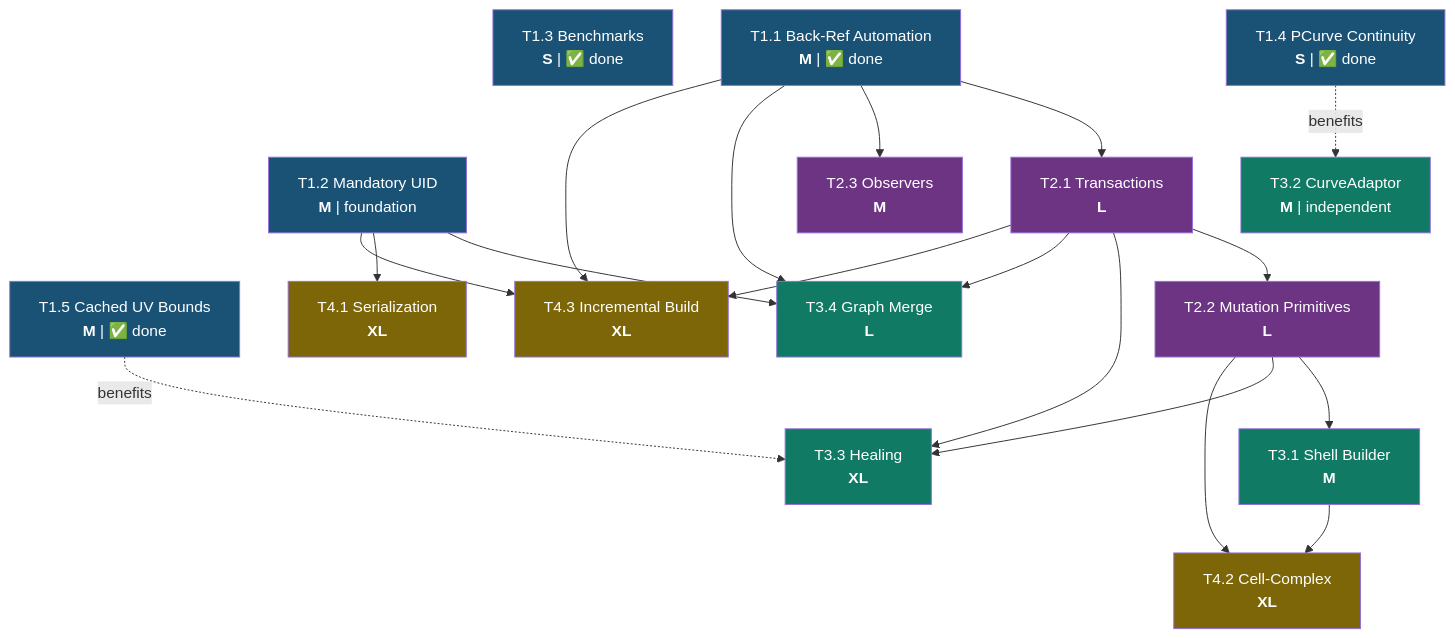
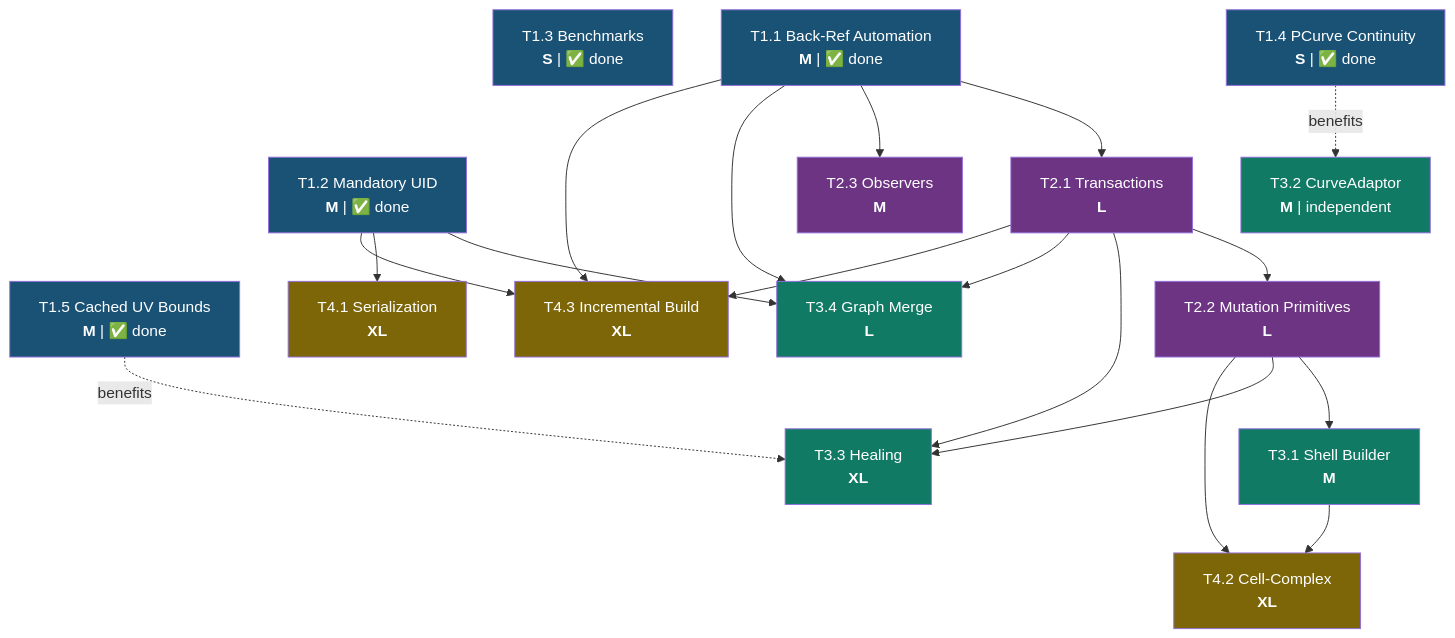
Before and after one commit to Open-Cascade-SAS/OCCT: the third of 10 diagrams in src/ModelingData/TKBRep/BRepGraph/TODO.md, drawn with Mermaid. The commit also changed other lines of this file and 12 other files, not shown here.

First line of the commit message:
feat: Enable mandatory UID generation for BRepGraph nodes

````diff
--- a/src/ModelingData/TKBRep/BRepGraph/TODO.md
+++ b/src/ModelingData/TKBRep/BRepGraph/TODO.md
@@ -115,52 +115,52 @@
 ```mermaid
 graph TD
     T1_3["T1.3 Benchmarks<br/><b>S</b> | ✅ done"]
     T1_4["T1.4 PCurve Continuity<br/><b>S</b> | ✅ done"]
     T1_5["T1.5 Cached UV Bounds<br/><b>M</b> | ✅ done"]
     T1_1["T1.1 Back-Ref Automation<br/><b>M</b> | ✅ done"]
-    T1_2["T1.2 Mandatory UID<br/><b>M</b> | foundation"]
+    T1_2["T1.2 Mandatory UID<br/><b>M</b> | ✅ done"]
     T2_1["T2.1 Transactions<br/><b>L</b>"]
     T2_2["T2.2 Mutation Primitives<br/><b>L</b>"]
     T2_3["T2.3 Observers<br/><b>M</b>"]
     T3_1["T3.1 Shell Builder<br/><b>M</b>"]
     T3_2["T3.2 CurveAdaptor<br/><b>M</b> | independent"]
     T3_3["T3.3 Healing<br/><b>XL</b>"]
     T3_4["T3.4 Graph Merge<br/><b>L</b>"]
     T4_1["T4.1 Serialization<br/><b>XL</b>"]
     T4_2["T4.2 Cell-Complex<br/><b>XL</b>"]
     T4_3["T4.3 Incremental Build<br/><b>XL</b>"]
 
     T1_1 --> T2_1
     T1_1 --> T2_3
     T2_1 --> T2_2
     T2_2 --> T3_1
     T2_1 --> T3_3
     T2_2 --> T3_3
     T2_1 --> T3_4
     T1_1 --> T3_4
     T1_2 --> T3_4
     T1_2 --> T4_1
     T3_1 --> T4_2
     T2_2 --> T4_2
     T1_1 --> T4_3
     T1_2 --> T4_3
     T2_1 --> T4_3
     T1_4 -.->|benefits| T3_2
     T1_5 -.->|benefits| T3_3
 
     style T1_1 fill:#1a5276,color:#fff
     style T1_2 fill:#1a5276,color:#fff
     style T1_3 fill:#1a5276,color:#fff
     style T1_4 fill:#1a5276,color:#fff
     style T1_5 fill:#1a5276,color:#fff
     style T2_1 fill:#6c3483,color:#fff
     style T2_2 fill:#6c3483,color:#fff
     style T2_3 fill:#6c3483,color:#fff
     style T3_1 fill:#117a65,color:#fff
     style T3_2 fill:#117a65,color:#fff
     style T3_3 fill:#117a65,color:#fff
     style T3_4 fill:#117a65,color:#fff
     style T4_1 fill:#7d6608,color:#fff
     style T4_2 fill:#7d6608,color:#fff
     style T4_3 fill:#7d6608,color:#fff
 ```
````
